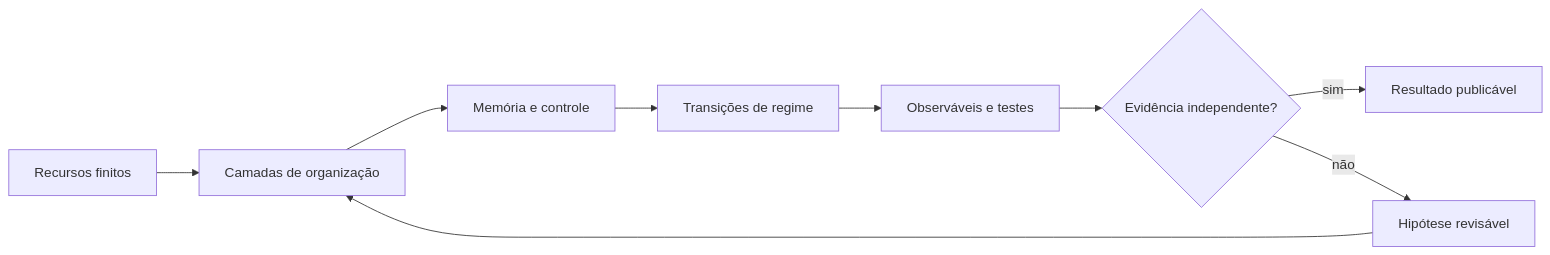
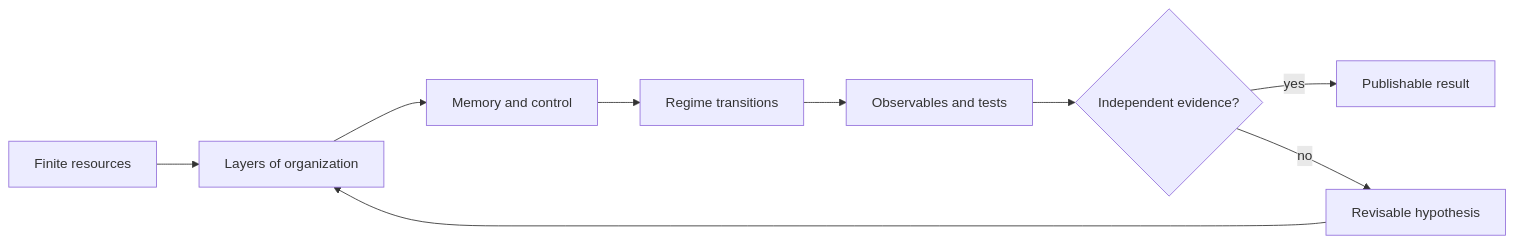
The third of 4 diagrams in README.md (dougdotcon/TamesisTheoryCompleteResearchArchive), drawn with Mermaid before and after one commit. The commit also changed other lines of this file and 1 other file, not shown here.

````diff
--- a/README.md
+++ b/README.md
@@ -152,11 +109,11 @@
 ```mermaid
 flowchart LR
-    A[Recursos finitos] --> B[Camadas de organização]
-    B --> C[Memória e controle]
-    C --> D[Transições de regime]
-    D --> E[Observáveis e testes]
-    E --> F{Evidência independente?}
-    F -->|sim| G[Resultado publicável]
-    F -->|não| H[Hipótese revisável]
+    A[Finite resources] --> B[Layers of organization]
+    B --> C[Memory and control]
+    C --> D[Regime transitions]
+    D --> E[Observables and tests]
+    E --> F{Independent evidence?}
+    F -->|yes| G[Publishable result]
+    F -->|no| H[Revisable hypothesis]
     H --> B
 ```
````
